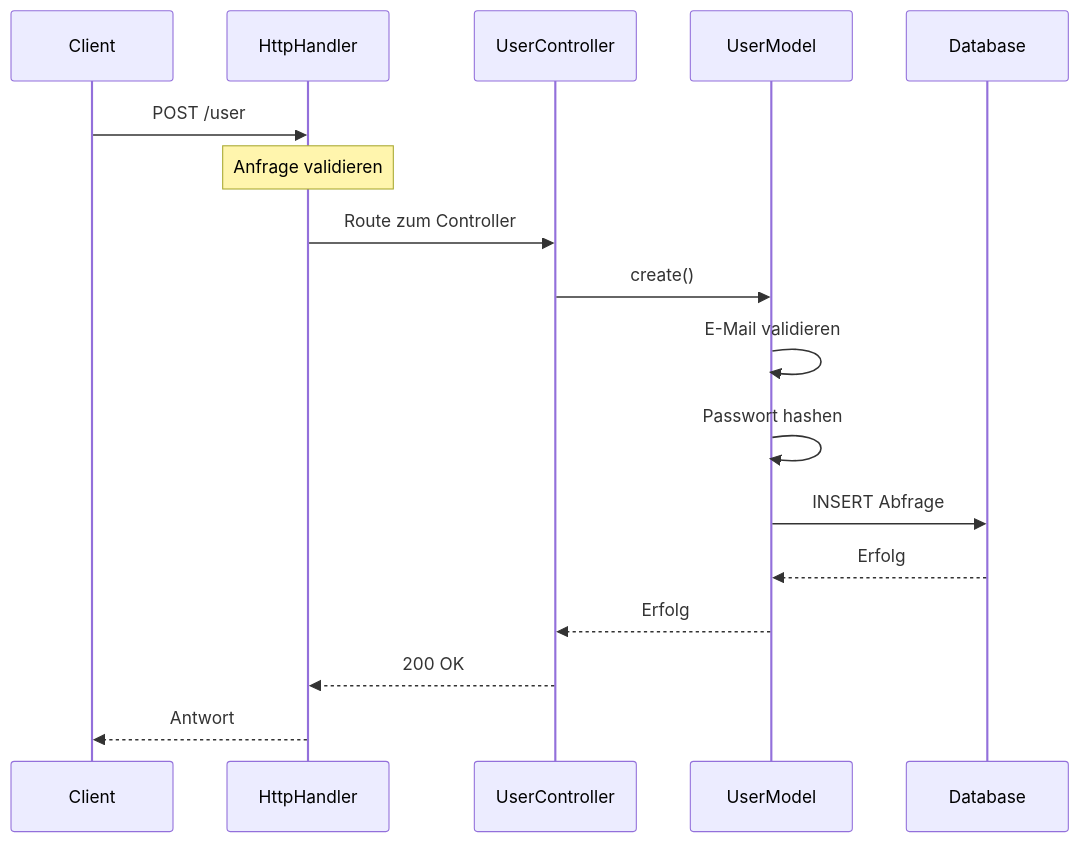
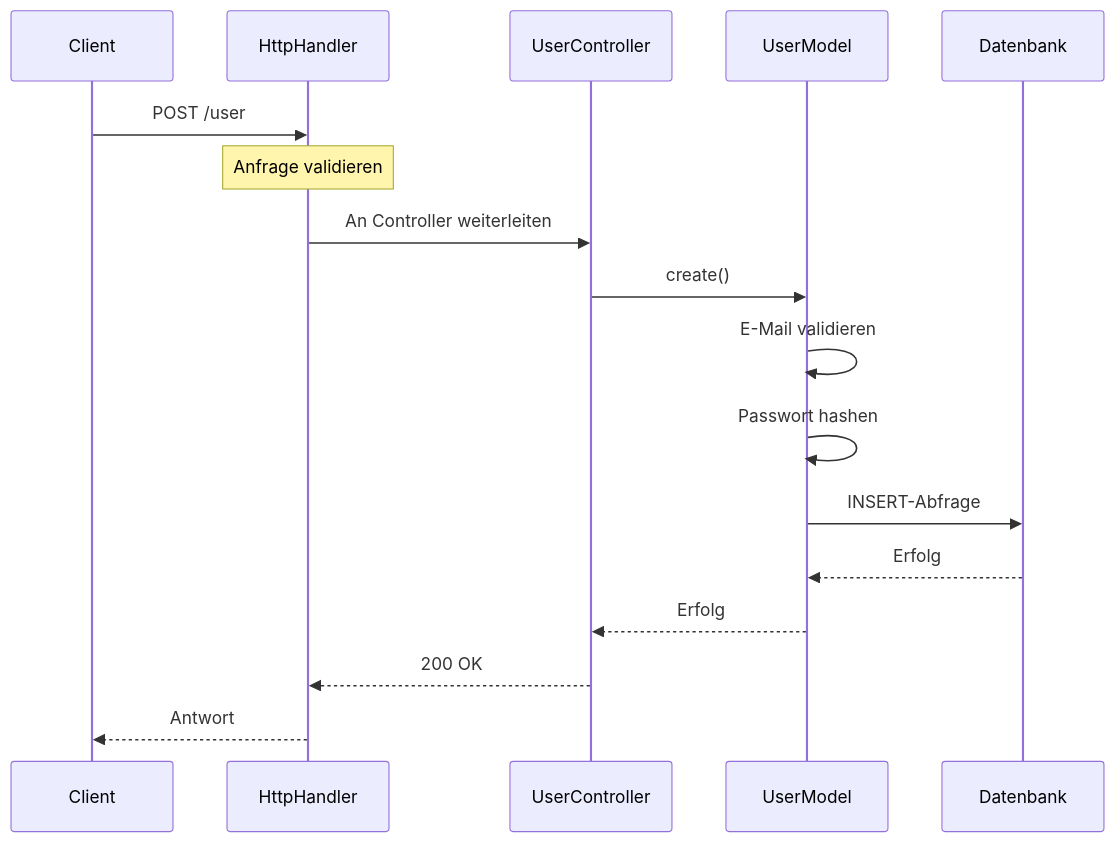
Before and after one commit to secure73/MicrosPy: the second of 4 diagrams in DOCUMENTATION.de.md, drawn with Mermaid. The commit also changed other lines of this file and 2 other files, not shown here.

````diff
--- a/DOCUMENTATION.de.md
+++ b/DOCUMENTATION.de.md
@@ -397,20 +552,20 @@
 ```mermaid
 sequenceDiagram
     participant Client
     participant HttpHandler
     participant UserController
     participant UserModel
-    participant Database
+    participant Datenbank
 
     Client->>HttpHandler: POST /user
     Note over HttpHandler: Anfrage validieren
-    HttpHandler->>UserController: Route zum Controller
+    HttpHandler->>UserController: An Controller weiterleiten
     UserController->>UserModel: create()
     UserModel->>UserModel: E-Mail validieren
     UserModel->>UserModel: Passwort hashen
-    UserModel->>Database: INSERT Abfrage
-    Database-->>UserModel: Erfolg
+    UserModel->>Datenbank: INSERT-Abfrage
+    Datenbank-->>UserModel: Erfolg
     UserModel-->>UserController: Erfolg
     UserController-->>HttpHandler: 200 OK
     HttpHandler-->>Client: Antwort
 ```
````
